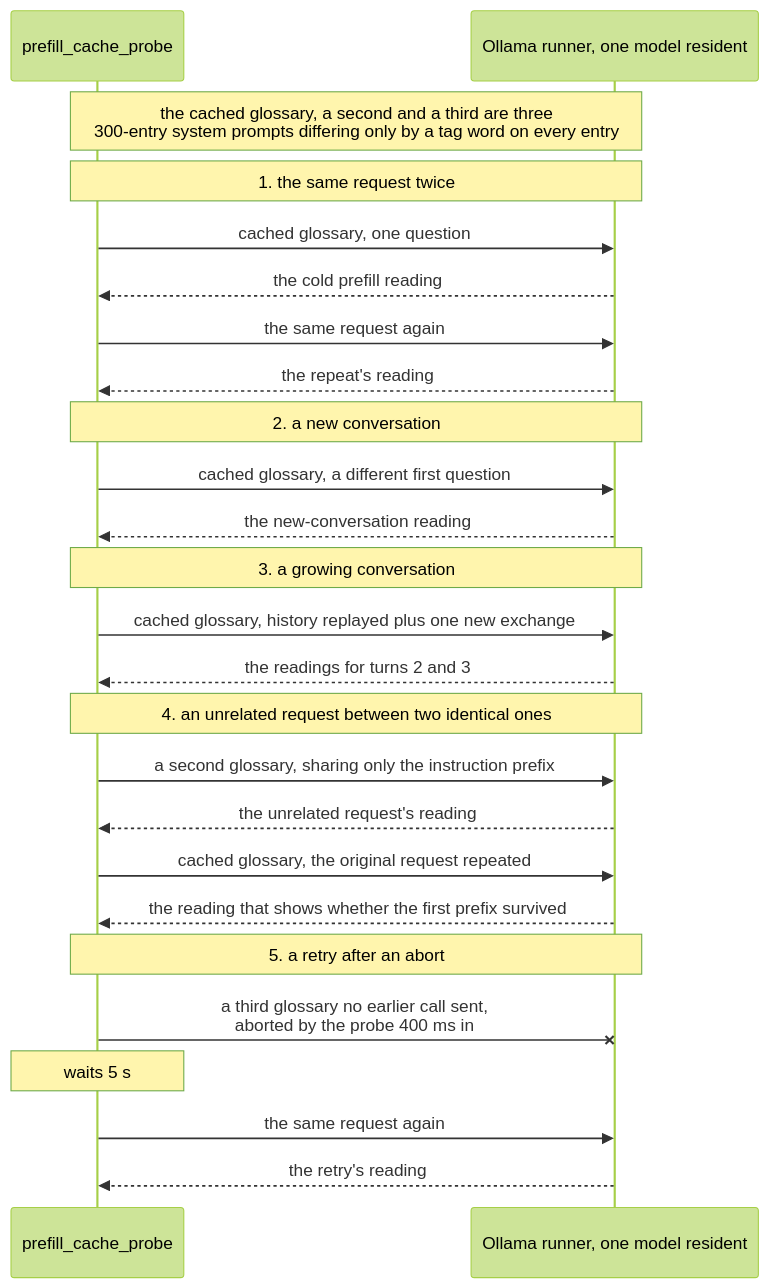
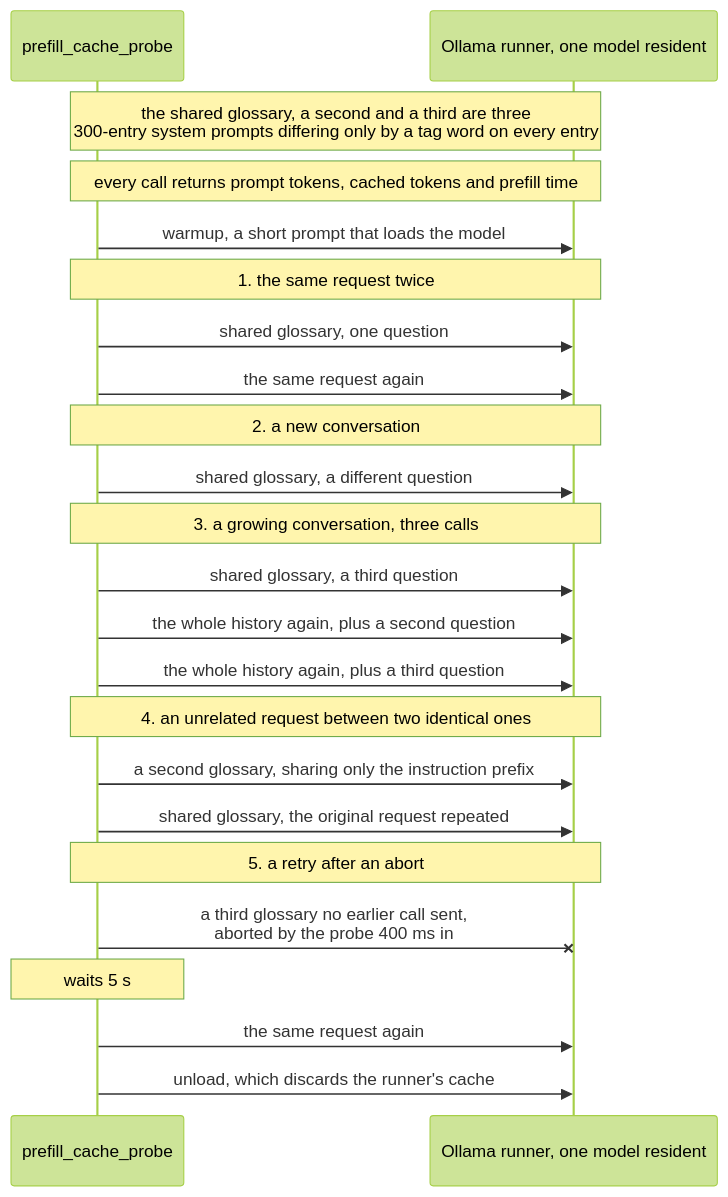
One commit to freemansoft/Flutter-AdaptiveCards changed the diagram in adaptive_chat_server_dart/blog/article-8-prompt-cache-draft.md. Above: the diagram before and after it, drawn with Mermaid (forest theme). The commit also changed other lines of this file and 2 other files, not shown here.

First line of the commit message:
docs(chat-server): explain how the prefix cache matches, cut article 8's bar chart

````diff
--- a/adaptive_chat_server_dart/blog/article-8-prompt-cache-draft.md
+++ b/adaptive_chat_server_dart/blog/article-8-prompt-cache-draft.md
@@ -65,33 +67,33 @@
 ```mermaid
 sequenceDiagram
   participant P as prefill_cache_probe
   participant O as Ollama runner, one model resident
 
-  Note over P,O: the cached glossary, a second and a third are three<br/>300-entry system prompts differing only by a tag word on every entry
+  Note over P,O: the shared glossary, a second and a third are three<br/>300-entry system prompts differing only by a tag word on every entry
+  Note over P,O: every call returns prompt tokens, cached tokens and prefill time
+
+  P->>O: warmup, a short prompt that loads the model
 
   Note over P,O: 1. the same request twice
-  P->>O: cached glossary, one question
-  O-->>P: the cold prefill reading
+  P->>O: shared glossary, one question
   P->>O: the same request again
-  O-->>P: the repeat's reading
 
   Note over P,O: 2. a new conversation
-  P->>O: cached glossary, a different first question
-  O-->>P: the new-conversation reading
+  P->>O: shared glossary, a different question
 
-  Note over P,O: 3. a growing conversation
-  P->>O: cached glossary, history replayed plus one new exchange
-  O-->>P: the readings for turns 2 and 3
+  Note over P,O: 3. a growing conversation, three calls
+  P->>O: shared glossary, a third question
+  P->>O: the whole history again, plus a second question
+  P->>O: the whole history again, plus a third question
 
   Note over P,O: 4. an unrelated request between two identical ones
   P->>O: a second glossary, sharing only the instruction prefix
-  O-->>P: the unrelated request's reading
-  P->>O: cached glossary, the original request repeated
-  O-->>P: the reading that shows whether the first prefix survived
+  P->>O: shared glossary, the original request repeated
 
   Note over P,O: 5. a retry after an abort
   P-xO: a third glossary no earlier call sent,<br/>aborted by the probe 400 ms in
   Note over P: waits 5 s
   P->>O: the same request again
-  O-->>P: the retry's reading
+
+  P->>O: unload, which discards the runner's cache
 ```
````
